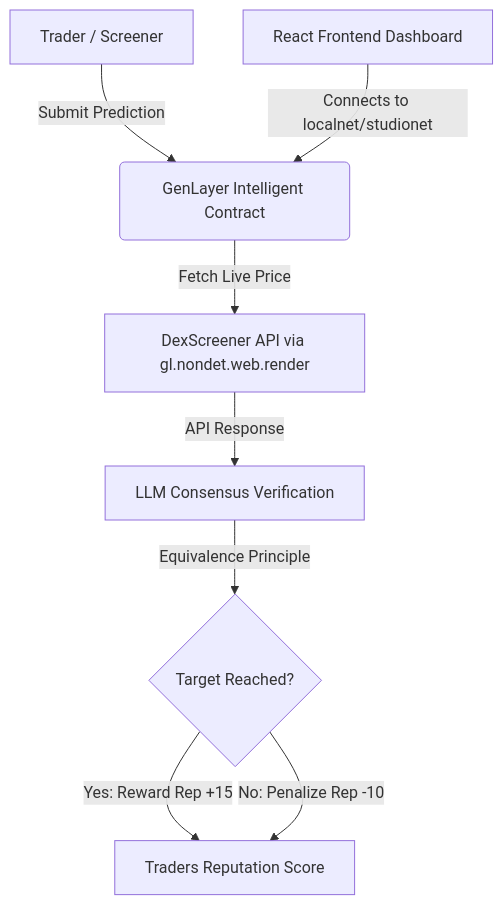
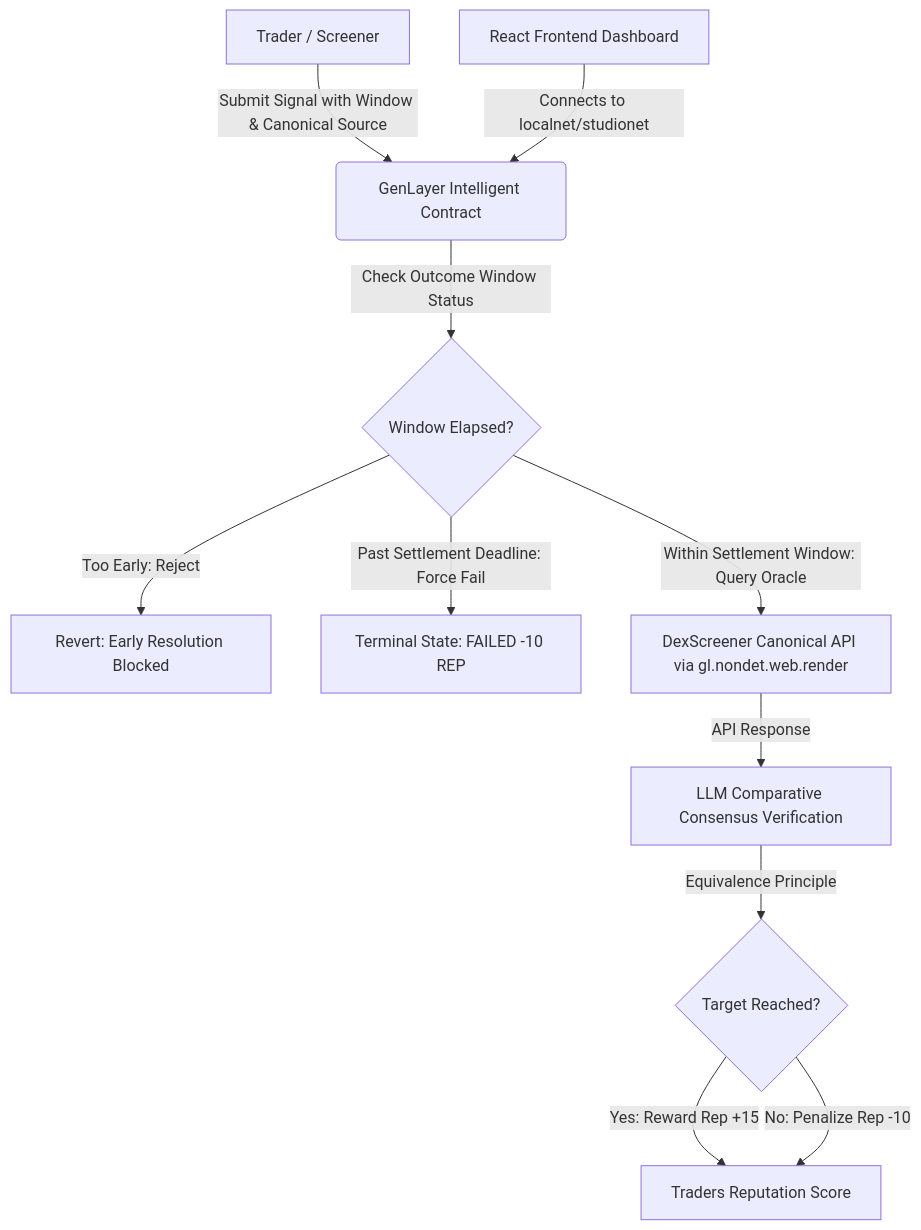
One commit to KennyGodman/Check changed the diagram in README.md. Above: the diagram before and after it, drawn with Mermaid. The commit also changed other lines of this file and 4 other files, not shown here.

Commit message:
feat: enforce fixed outcome windows, canonical price source, and forced terminal resolution

````diff
--- a/README.md
+++ b/README.md
@@ -22,10 +42,13 @@
 ```mermaid
 graph TD
-    A[Trader / Screener] -->|Submit Prediction| B(GenLayer Intelligent Contract)
-    B -->|Fetch Live Price| C[DexScreener API via gl.nondet.web.render]
-    C -->|API Response| D[LLM Consensus Verification]
+    A[Trader / Screener] -->|Submit Signal with Window & Canonical Source| B(GenLayer Intelligent Contract)
+    B -->|Check Outcome Window Status| W{Window Elapsed?}
+    W -->|Too Early: Reject| R1[Revert: Early Resolution Blocked]
+    W -->|Past Settlement Deadline: Force Fail| R2[Terminal State: FAILED -10 REP]
+    W -->|Within Settlement Window: Query Oracle| C[DexScreener Canonical API via gl.nondet.web.render]
+    C -->|API Response| D[LLM Comparative Consensus Verification]
     D -->|Equivalence Principle| E{Target Reached?}
     E -->|Yes: Reward Rep +15| F[Traders Reputation Score]
     E -->|No: Penalize Rep -10| F
     G[React Frontend Dashboard] -->|Connects to localnet/studionet| B
 ```
````
